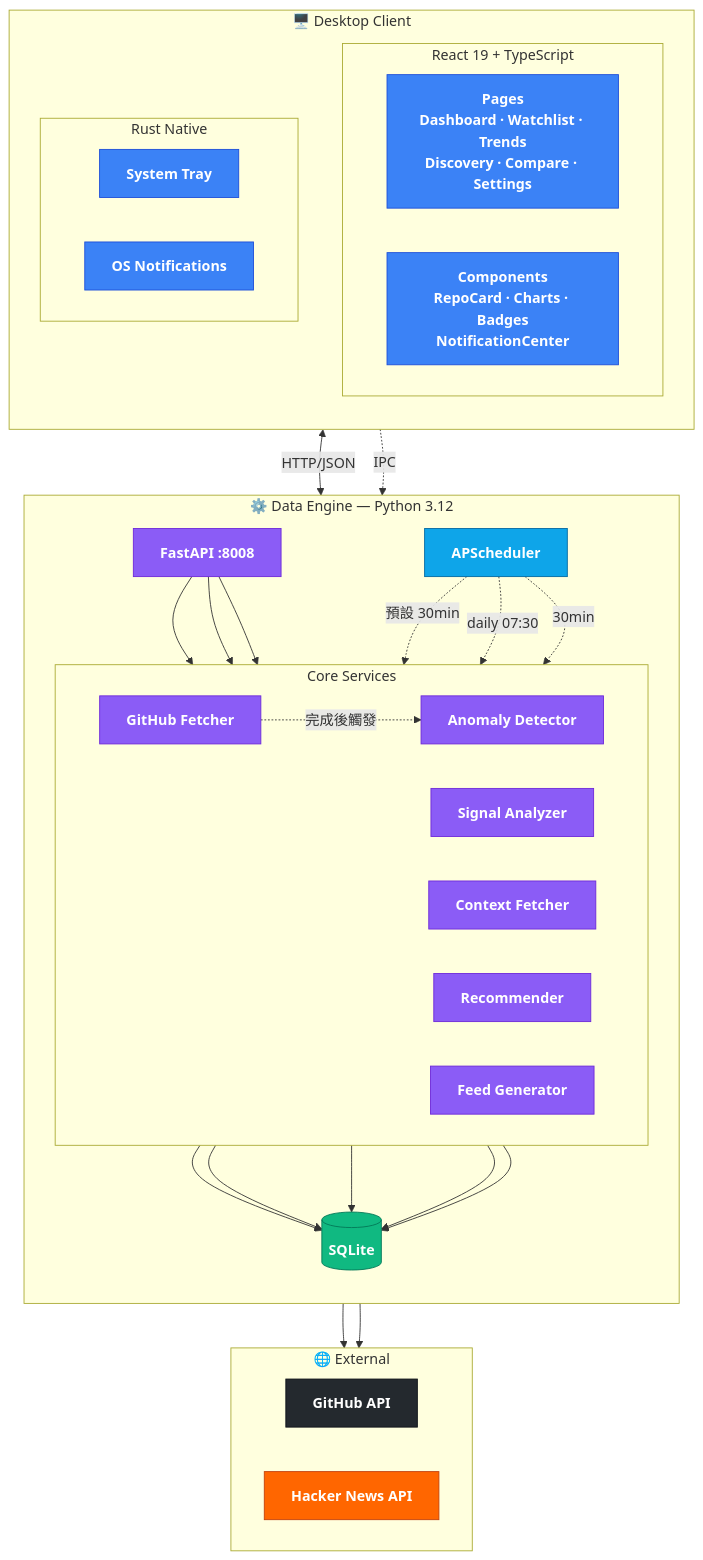
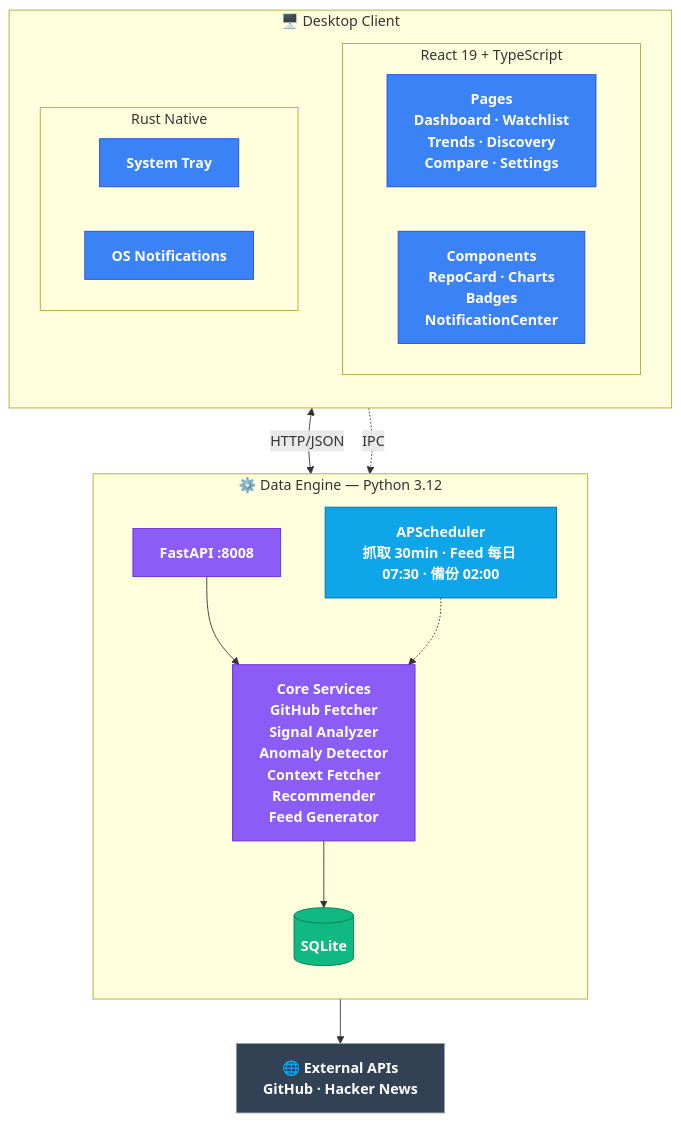
Before and after one commit to Neal75418/StarScope: the second of 2 diagrams in README.md, drawn with Mermaid.

Commit message:
docs: 修正架構圖排版產生的誤導性連線
Core Services 原本是六個獨立節點的 subgraph，加上逐一連線後
共 15 條邊，過度約束 dagre 的排版，把 External subgraph 排到
呼叫端的左側，導致 Services --> Hacker News API 這條邊跨過
GitHub API，在畫面上看起來像是 GitHub API --> Hacker News API
這條並不存在的連線。

- Core Services 收成單一節點，邊數 15 -> 3
- GitHub / Hacker News 併成一個 External APIs 節點，
  兩條外連邊變一條，交叉不再可能
  （subgraph 內的 direction TB 在有跨子圖連線時會被忽略，
   試過無效）
- Pages / Components 標籤改成明確斷行，避免 mermaid 二次
  折行把分隔用的 · 掛在行尾

以 flowchart.htmlLabels:false 渲染確認過，與 GitHub 上的
呈現一致。

````diff
--- a/README.md
+++ b/README.md
@@ -78,69 +78,45 @@
 ```mermaid
 graph TB
     subgraph Desktop["🖥️ Desktop Client"]
         direction TB
         subgraph UI["React 19 + TypeScript"]
             direction LR
-            Pages["Pages<br/>Dashboard · Watchlist · Trends<br/>Discovery · Compare · Settings"]
-            Components["Components<br/>RepoCard · Charts · Badges<br/>NotificationCenter"]
+            Pages["Pages<br/>Dashboard · Watchlist<br/>Trends · Discovery<br/>Compare · Settings"]
+            Components["Components<br/>RepoCard · Charts<br/>Badges<br/>NotificationCenter"]
         end
         subgraph Native["Rust Native"]
             direction LR
             Tray["System Tray"]
             Notify["OS Notifications"]
         end
     end
 
     subgraph Engine["⚙️ Data Engine — Python 3.12"]
         direction TB
         API["FastAPI :8008"]
-        subgraph Services["Core Services"]
-            direction LR
-            Fetch["GitHub Fetcher"]
-            Analyze["Signal Analyzer"]
-            Detect["Anomaly Detector"]
-            Context["Context Fetcher"]
-            Recommend["Recommender"]
-            Feed["Feed Generator"]
-        end
+        Services["Core Services<br/>GitHub Fetcher<br/>Signal Analyzer<br/>Anomaly Detector<br/>Context Fetcher<br/>Recommender<br/>Feed Generator"]
+        Sched["APScheduler<br/>抓取 30min · Feed 每日 07:30 · 備份 02:00"]
         DB[("SQLite")]
-        Sched["APScheduler"]
-        API --> Fetch
-        API --> Analyze
-        API --> Recommend
-        Fetch --> DB
-        Analyze --> DB
-        Detect --> DB
-        Context --> DB
-        Feed --> DB
-        Sched -.->|預設 30min| Fetch
-        Fetch -.->|完成後觸發| Detect
-        Sched -.->|daily 07:30| Feed
-        Sched -.->|30min| Context
+        API --> Services
+        Sched -.-> Services
+        Services --> DB
     end
 
-    subgraph Ext["🌐 External"]
-        direction LR
-        GH["GitHub API"]
-        HN["Hacker News API"]
-    end
+    Ext["🌐 External APIs<br/>GitHub · Hacker News"]
 
     Components <-->|HTTP/JSON| API
     Native -.->|IPC| API
-    Fetch --> GH
-    Context --> HN
+    Services --> Ext
 
     classDef frontend fill:#3b82f6,stroke:#1d4ed8,color:#fff,font-weight:bold
     classDef backend fill:#8b5cf6,stroke:#6d28d9,color:#fff,font-weight:bold
     classDef storage fill:#10b981,stroke:#047857,color:#fff,font-weight:bold
     classDef sched fill:#0ea5e9,stroke:#0369a1,color:#fff,font-weight:bold
-    classDef github fill:#24292e,stroke:#0d1117,color:#fff,font-weight:bold
-    classDef hackernews fill:#ff6600,stroke:#c2410c,color:#fff,font-weight:bold
+    classDef external fill:#334155,stroke:#94a3b8,color:#fff,font-weight:bold
 
     class Pages,Components,Tray,Notify frontend
-    class API,Fetch,Analyze,Detect,Context,Recommend,Feed backend
+    class API,Services backend
     class DB storage
     class Sched sched
-    class GH github
-    class HN hackernews
+    class Ext external
 ```
````
